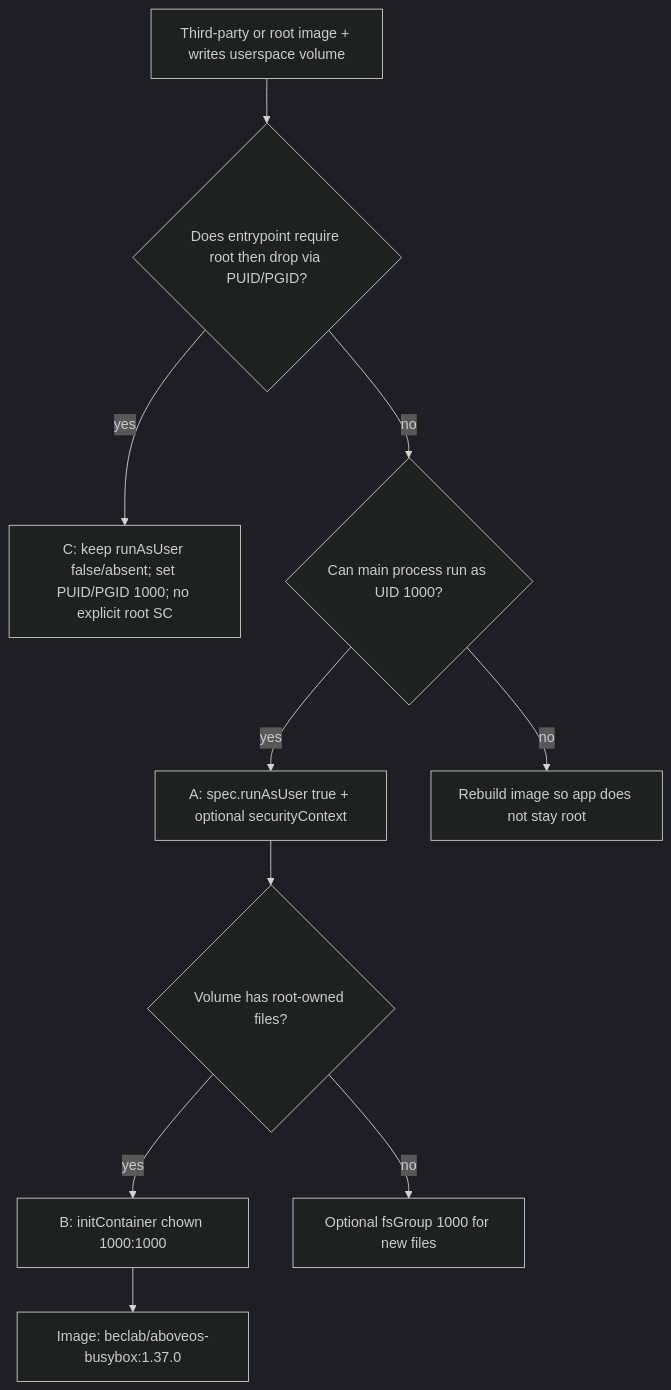
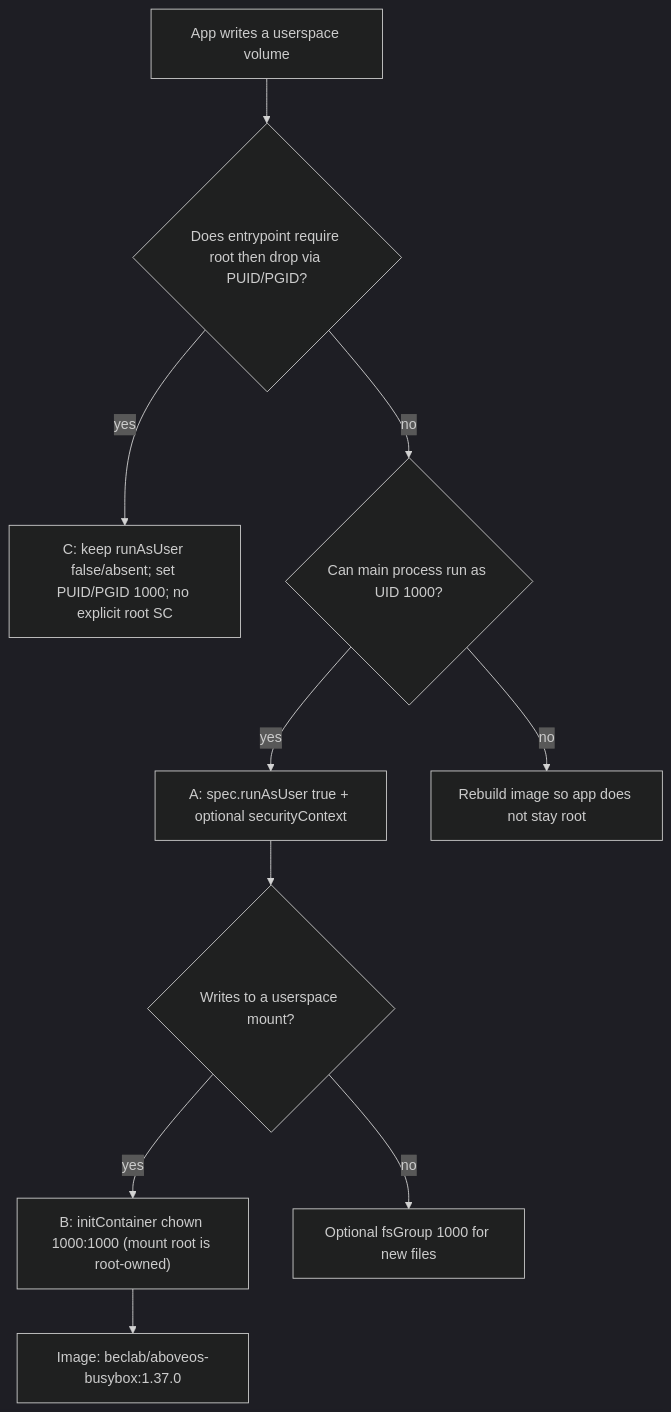
The diagram in cli/skills/olares-chart/references/olares-chart-run-as-user.md (beclab/Olares), drawn with Mermaid (dark theme) before and after one commit. The commit also changed other lines of this file and 37 other files, not shown here.

````diff
--- a/cli/skills/olares-chart/references/olares-chart-run-as-user.md
+++ b/cli/skills/olares-chart/references/olares-chart-run-as-user.md
@@ -44,13 +46,13 @@
 ```mermaid
 flowchart TD
-  start["Third-party or root image + writes userspace volume"]
+  start["App writes a userspace volume"]
   start --> rootInit{"Does entrypoint require root then drop via PUID/PGID?"}
   rootInit -->|yes| solC["C: keep runAsUser false/absent; set PUID/PGID 1000; no explicit root SC"]
   rootInit -->|no| canNonRoot{"Can main process run as UID 1000?"}
   canNonRoot -->|yes| solA["A: spec.runAsUser true + optional securityContext"]
   canNonRoot -->|no| rebuild["Rebuild image so app does not stay root"]
-  solA --> needChown{"Volume has root-owned files?"}
-  needChown -->|yes| solB["B: initContainer chown 1000:1000"]
+  solA --> needChown{"Writes to a userspace mount?"}
+  needChown -->|yes| solB["B: initContainer chown 1000:1000 (mount root is root-owned)"]
   needChown -->|no| fsGroup["Optional fsGroup 1000 for new files"]
   solB --> busyboxImg["Image: beclab/aboveos-busybox:1.37.0"]
 ```
````
